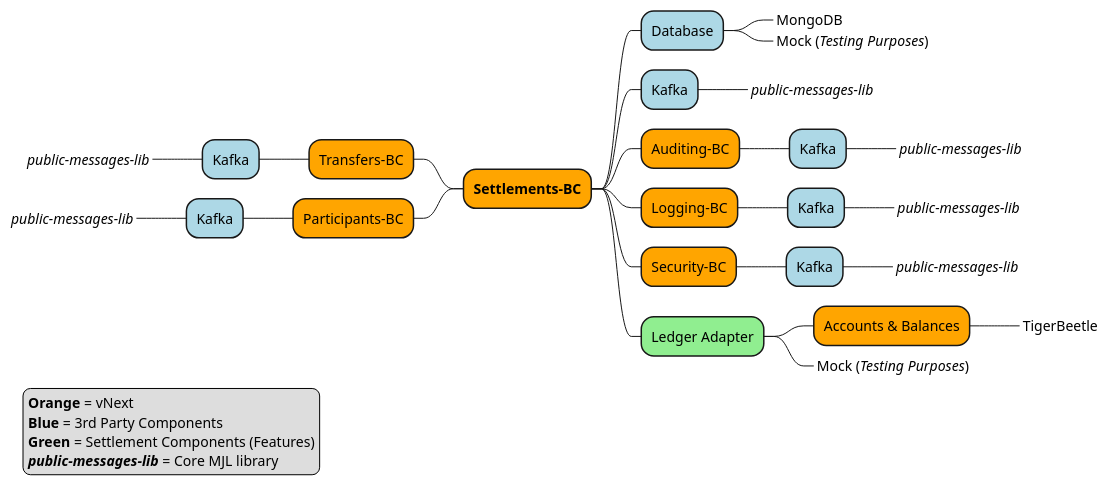
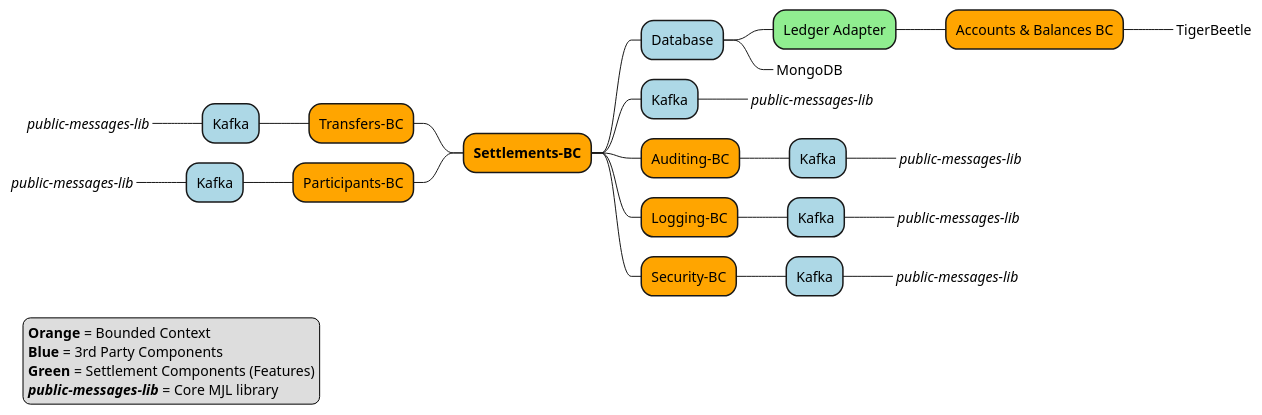
One commit to mojaloop/settlements-bc changed the diagram in docs/flows/30-settlement-architecture-vnext.puml. Above: the diagram before and after it, drawn with PlantUML. The commit also changed 3 other files, not shown here.

```diff
--- a/docs/flows/30-settlement-architecture-vnext.puml
+++ b/docs/flows/30-settlement-architecture-vnext.puml
@@ -1,35 +1,33 @@
 @startmindmap
 +[#Orange] **Settlements-BC**
 ++[#Lightblue] Database
++++[#LightGreen] Ledger Adapter
+++++[#Orange] Accounts & Balances BC
+*****_ TigerBeetle
 +++_ MongoDB
-+++_ Mock (//Testing Purposes//)
 ++[#Lightblue] Kafka
 +++_ //public-messages-lib//
 ++[#Orange] Auditing-BC
 +++[#Lightblue] Kafka
 ++++_ //public-messages-lib//
 ++[#Orange] Logging-BC
 +++[#Lightblue] Kafka
 ++++_ //public-messages-lib//
 ++[#Orange] Security-BC
 +++[#Lightblue] Kafka
 ++++_ //public-messages-lib//
-++[#LightGreen] Ledger Adapter
-+++[#Orange] Accounts & Balances
-****_ TigerBeetle
-***_ Mock (//Testing Purposes//)
 --[#Orange] Transfers-BC
 ---[#Lightblue] Kafka
 ----_ //public-messages-lib//
 --[#Orange] Participants-BC
 ---[#Lightblue] Kafka
 ----_ //public-messages-lib//
 
 legend left
-**Orange** = vNext
+**Orange** = Bounded Context
 **Blue** = 3rd Party Components
 **Green** = Settlement Components (Features)
 **//public-messages-lib//** = Core MJL library
 endlegend
 
 @endmindmap
```
